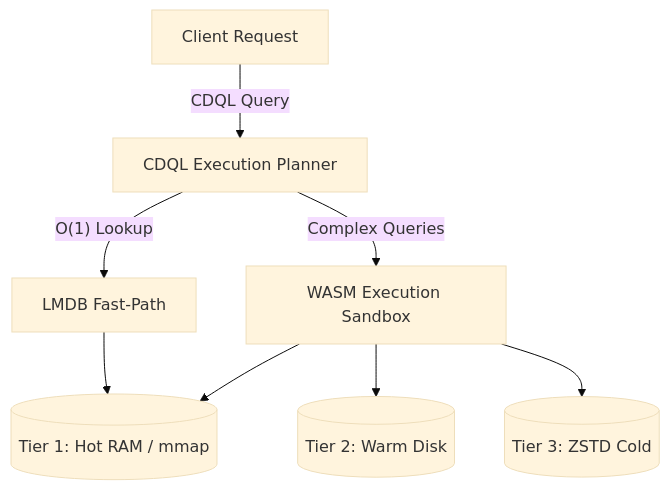
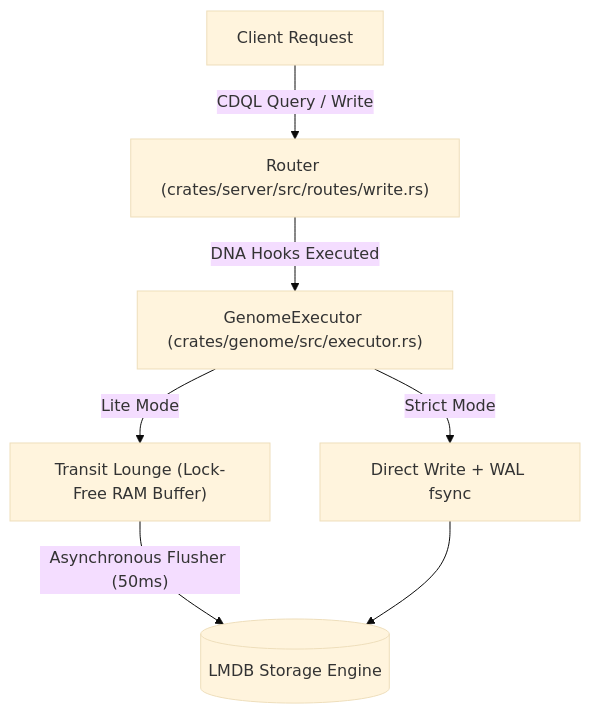
Before and after one commit to cluaiz/cluaizd: the diagram in README.md, drawn with Mermaid (base theme). The commit also changed other lines of this file and 10 other files, not shown here.

````diff
--- a/README.md
+++ b/README.md
@@ -32,11 +39,9 @@
 ```mermaid
 graph TD
-    Client["Client Request"] -->|"CDQL Query"| Planner["CDQL Execution Planner"]
-    Planner -->|"O(1) Lookup"| FastPath["LMDB Fast-Path"]
-    Planner -->|"Complex Queries"| WasmSandbox["WASM Execution Sandbox"]
-    
-    WasmSandbox --> Tier1[("Tier 1: Hot RAM / mmap")]
-    WasmSandbox --> Tier2[("Tier 2: Warm Disk")]
-    WasmSandbox --> Tier3[("Tier 3: ZSTD Cold")]
-    FastPath --> Tier1
+    Client["Client Request"] -->|"CDQL Query / Write"| Route["Router (crates/server/src/routes/write.rs)"]
+    Route -->|"DNA Hooks Executed"| Executor["GenomeExecutor (crates/genome/src/executor.rs)"]
+    Executor -->|"Lite Mode"| Transit["Transit Lounge (Lock-Free RAM Buffer)"]
+    Executor -->|"Strict Mode"| Synchronous["Direct Write + WAL fsync"]
+    Transit -->|"Asynchronous Flusher (50ms)"| LMDB[("LMDB Storage Engine")]
+    Synchronous --> LMDB
 ```
````
